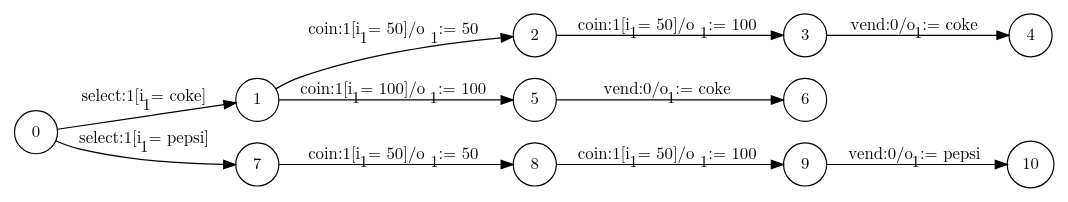
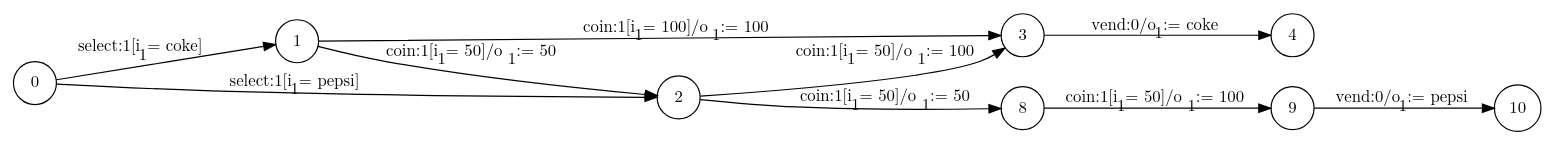
Before and after one commit to jmafoster1/efsm-inference: the diagram in inference-tool/dotfiles/drinks.dot, drawn with Graphviz. The commit also changed 34 other files, not shown here.

```diff
--- a/inference-tool/dotfiles/drinks.dot
+++ b/inference-tool/dotfiles/drinks.dot
@@ -1,15 +1,14 @@
 digraph EFSM{
 graph [rankdir="LR", fontname="Latin Modern Math"];
 node [color="black", fillcolor="white", shape="circle", style="filled", fontname="Latin Modern Math"];
 edge [fontname="Latin Modern Math"];
 0->1[label=<select:1&#91;i<sub>1</sub> = coke&#93;>]
-0->7[label=<select:1&#91;i<sub>1</sub> = pepsi&#93;>]
+0->2[label=<select:1&#91;i<sub>1</sub> = pepsi&#93;>]
 1->2[label=<coin:1&#91;i<sub>1</sub> = 50&#93;/o<sub>1</sub> := 50>]
-1->5[label=<coin:1&#91;i<sub>1</sub> = 100&#93;/o<sub>1</sub> := 100>]
+1->3[label=<coin:1&#91;i<sub>1</sub> = 100&#93;/o<sub>1</sub> := 100>]
 2->3[label=<coin:1&#91;i<sub>1</sub> = 50&#93;/o<sub>1</sub> := 100>]
+2->8[label=<coin:1&#91;i<sub>1</sub> = 50&#93;/o<sub>1</sub> := 50>]
 3->4[label=<vend:0/o<sub>1</sub> := coke>]
-5->6[label=<vend:0/o<sub>1</sub> := coke>]
-7->8[label=<coin:1&#91;i<sub>1</sub> = 50&#93;/o<sub>1</sub> := 50>]
 8->9[label=<coin:1&#91;i<sub>1</sub> = 50&#93;/o<sub>1</sub> := 100>]
 9->10[label=<vend:0/o<sub>1</sub> := pepsi>]
 }
```
